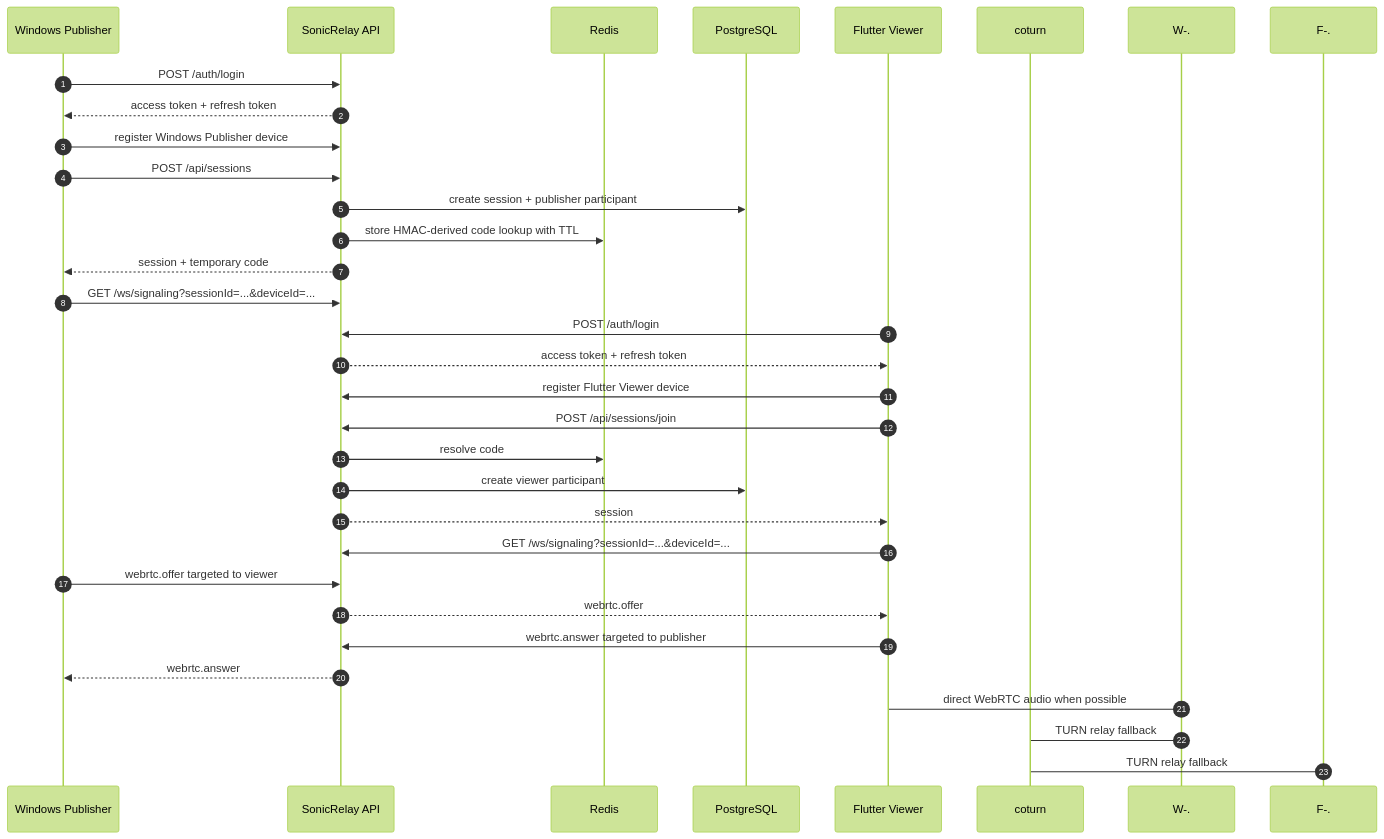
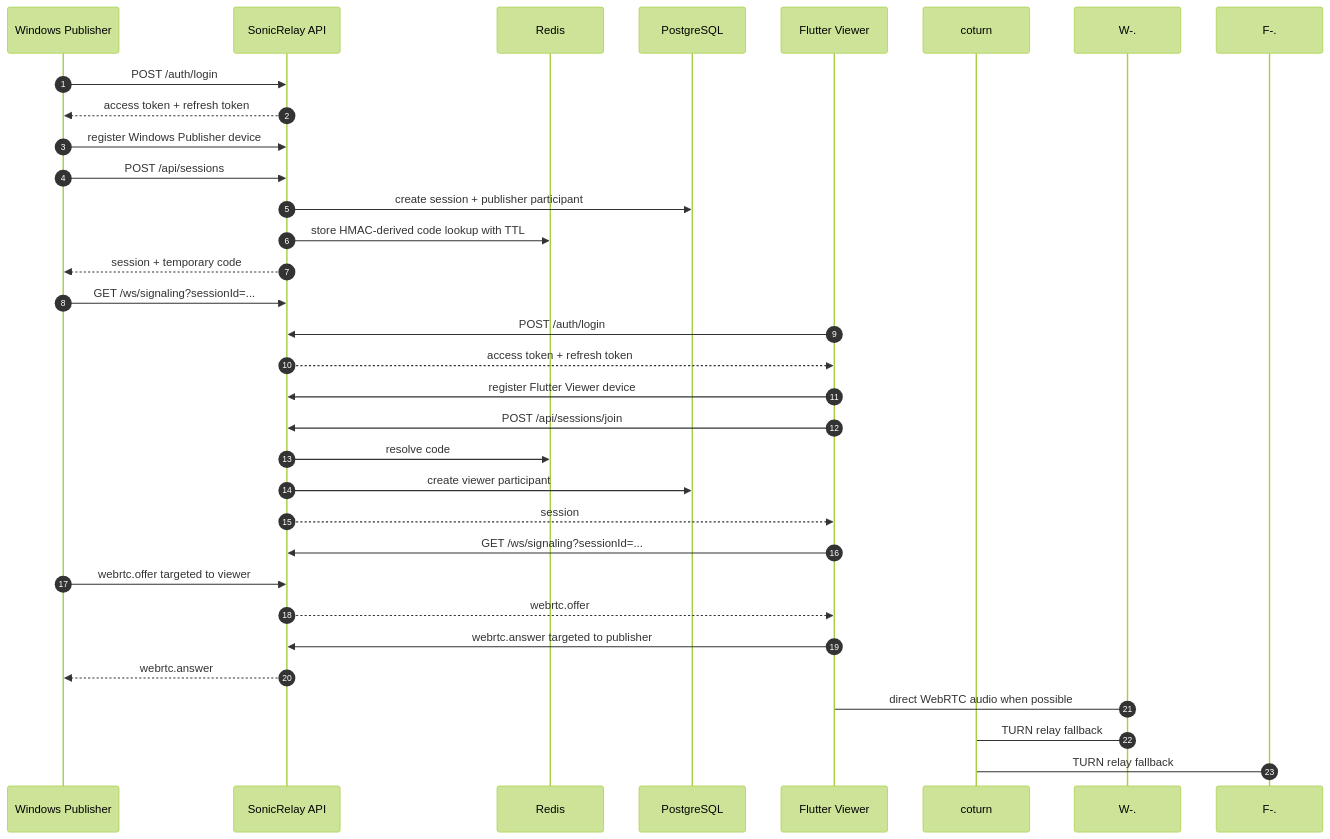
Before and after one commit to vitorhugo-java/dotnet_SonicRelay: the second of 5 diagrams in docs/architecture.md, drawn with Mermaid (forest theme).

Commit message:
Fix stale deviceId WebSocket param in architecture.md sequence diagram
Flagged in Task 4's review: the "Primary flow" diagram still showed
GET /ws/signaling?sessionId=...&deviceId=..., contradicting the
docs/device-identity.md content this same task added (the device now
comes from the DeviceBearer token's sub claim, not a query param) and
the actual SignalingWebSocketEndpoint.cs code, which reads only sessionId.

````diff
--- a/docs/architecture.md
+++ b/docs/architecture.md
@@ -62,36 +62,36 @@
 ```mermaid
 sequenceDiagram
     autonumber
     participant W as Windows Publisher
     participant API as SonicRelay API
     participant R as Redis
     participant DB as PostgreSQL
     participant F as Flutter Viewer
     participant TURN as coturn
 
     W->>API: POST /auth/login
     API-->>W: access token + refresh token
     W->>API: register Windows Publisher device
     W->>API: POST /api/sessions
     API->>DB: create session + publisher participant
     API->>R: store HMAC-derived code lookup with TTL
     API-->>W: session + temporary code
-    W->>API: GET /ws/signaling?sessionId=...&deviceId=...
+    W->>API: GET /ws/signaling?sessionId=...
 
     F->>API: POST /auth/login
     API-->>F: access token + refresh token
     F->>API: register Flutter Viewer device
     F->>API: POST /api/sessions/join
     API->>R: resolve code
     API->>DB: create viewer participant
     API-->>F: session
-    F->>API: GET /ws/signaling?sessionId=...&deviceId=...
+    F->>API: GET /ws/signaling?sessionId=...
 
     W->>API: webrtc.offer targeted to viewer
     API-->>F: webrtc.offer
     F->>API: webrtc.answer targeted to publisher
     API-->>W: webrtc.answer
     W-.->F: direct WebRTC audio when possible
     W-.->TURN: TURN relay fallback
     F-.->TURN: TURN relay fallback
 ```
````
